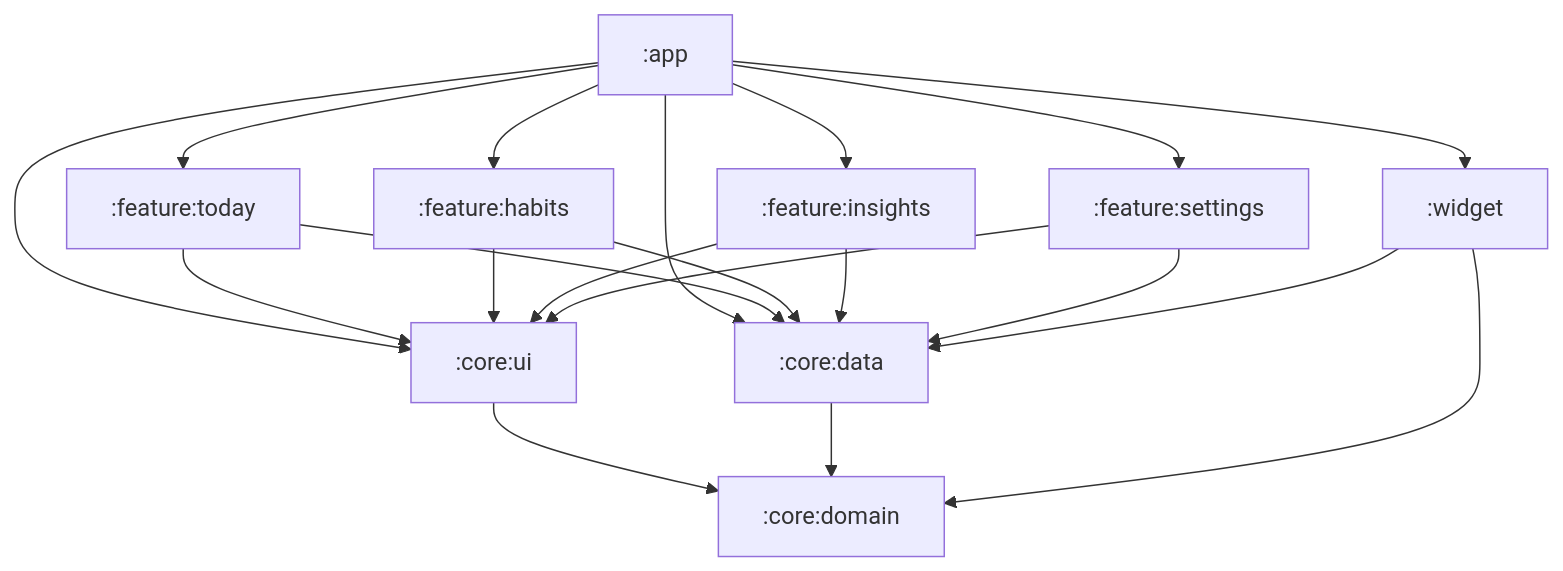
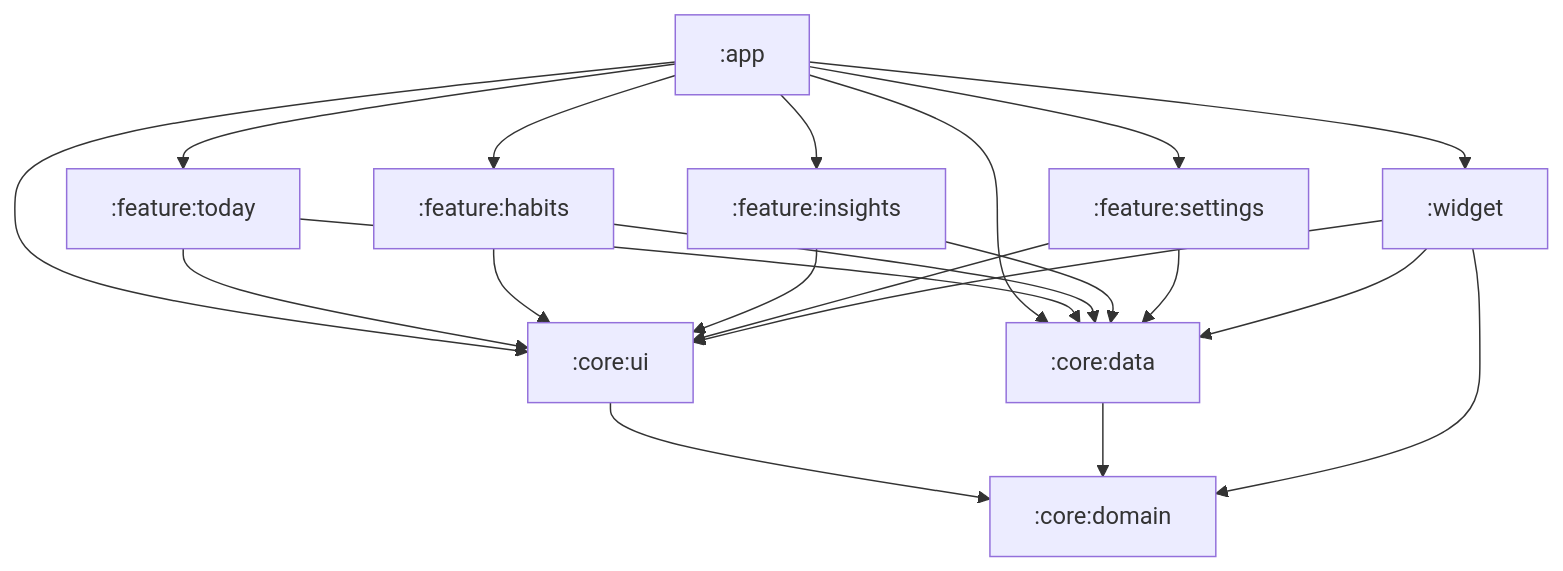
One commit to SiegfredLorelle/gawi changed the diagram in docs/architecture.md. Above: the diagram before and after it, drawn with Mermaid. The commit also changed other lines of this file and 1 other file, not shown here.

First line of the commit message:
build(widget): take core:ui for its font resource

````diff
--- a/docs/architecture.md
+++ b/docs/architecture.md
@@ -55,25 +55,26 @@
 ```mermaid
 graph TD
     app[":app"] --> today[":feature:today"]
     app --> habits[":feature:habits"]
     app --> insights[":feature:insights"]
     app --> settings[":feature:settings"]
     app --> widget[":widget"]
     app --> ui[":core:ui"]
     app --> data[":core:data"]
 
     today --> ui
     habits --> ui
     insights --> ui
     settings --> ui
 
     today --> data
     habits --> data
     insights --> data
     settings --> data
     widget --> data
+    widget --> ui
 
     ui --> domain[":core:domain"]
     data --> domain
     widget --> domain
 ```
````
